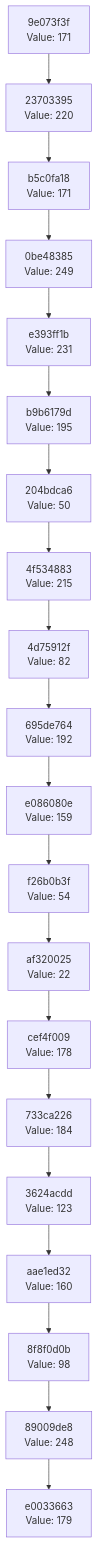
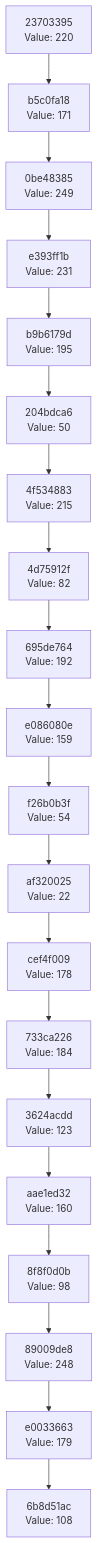
The diagram in docs/CHAIN_VISUALIZATION.md (Abhisheksinha1506/hash-chain-evolver), drawn with Mermaid before and after one commit. The commit also changed 3 other files, not shown here.

````diff
--- a/docs/CHAIN_VISUALIZATION.md
+++ b/docs/CHAIN_VISUALIZATION.md
@@ -3,42 +3,42 @@
 ```mermaid
 graph TD
-    C0["e0033663<br/>Value: 179"]
-    C1["89009de8<br/>Value: 248"]
+    C0["6b8d51ac<br/>Value: 108"]
+    C1["e0033663<br/>Value: 179"]
     C1 --> C0
-    C2["8f8f0d0b<br/>Value: 98"]
+    C2["89009de8<br/>Value: 248"]
     C2 --> C1
-    C3["aae1ed32<br/>Value: 160"]
+    C3["8f8f0d0b<br/>Value: 98"]
     C3 --> C2
-    C4["3624acdd<br/>Value: 123"]
+    C4["aae1ed32<br/>Value: 160"]
     C4 --> C3
-    C5["733ca226<br/>Value: 184"]
+    C5["3624acdd<br/>Value: 123"]
     C5 --> C4
-    C6["cef4f009<br/>Value: 178"]
+    C6["733ca226<br/>Value: 184"]
     C6 --> C5
-    C7["af320025<br/>Value: 22"]
+    C7["cef4f009<br/>Value: 178"]
     C7 --> C6
-    C8["f26b0b3f<br/>Value: 54"]
+    C8["af320025<br/>Value: 22"]
     C8 --> C7
-    C9["e086080e<br/>Value: 159"]
+    C9["f26b0b3f<br/>Value: 54"]
     C9 --> C8
-    C10["695de764<br/>Value: 192"]
+    C10["e086080e<br/>Value: 159"]
     C10 --> C9
-    C11["4d75912f<br/>Value: 82"]
+    C11["695de764<br/>Value: 192"]
     C11 --> C10
-    C12["4f534883<br/>Value: 215"]
+    C12["4d75912f<br/>Value: 82"]
     C12 --> C11
-    C13["204bdca6<br/>Value: 50"]
+    C13["4f534883<br/>Value: 215"]
     C13 --> C12
-    C14["b9b6179d<br/>Value: 195"]
+    C14["204bdca6<br/>Value: 50"]
     C14 --> C13
-    C15["e393ff1b<br/>Value: 231"]
+    C15["b9b6179d<br/>Value: 195"]
     C15 --> C14
-    C16["0be48385<br/>Value: 249"]
+    C16["e393ff1b<br/>Value: 231"]
     C16 --> C15
-    C17["b5c0fa18<br/>Value: 171"]
+    C17["0be48385<br/>Value: 249"]
     C17 --> C16
-    C18["23703395<br/>Value: 220"]
+    C18["b5c0fa18<br/>Value: 171"]
     C18 --> C17
-    C19["9e073f3f<br/>Value: 171"]
+    C19["23703395<br/>Value: 220"]
     C19 --> C18
 ```
````
